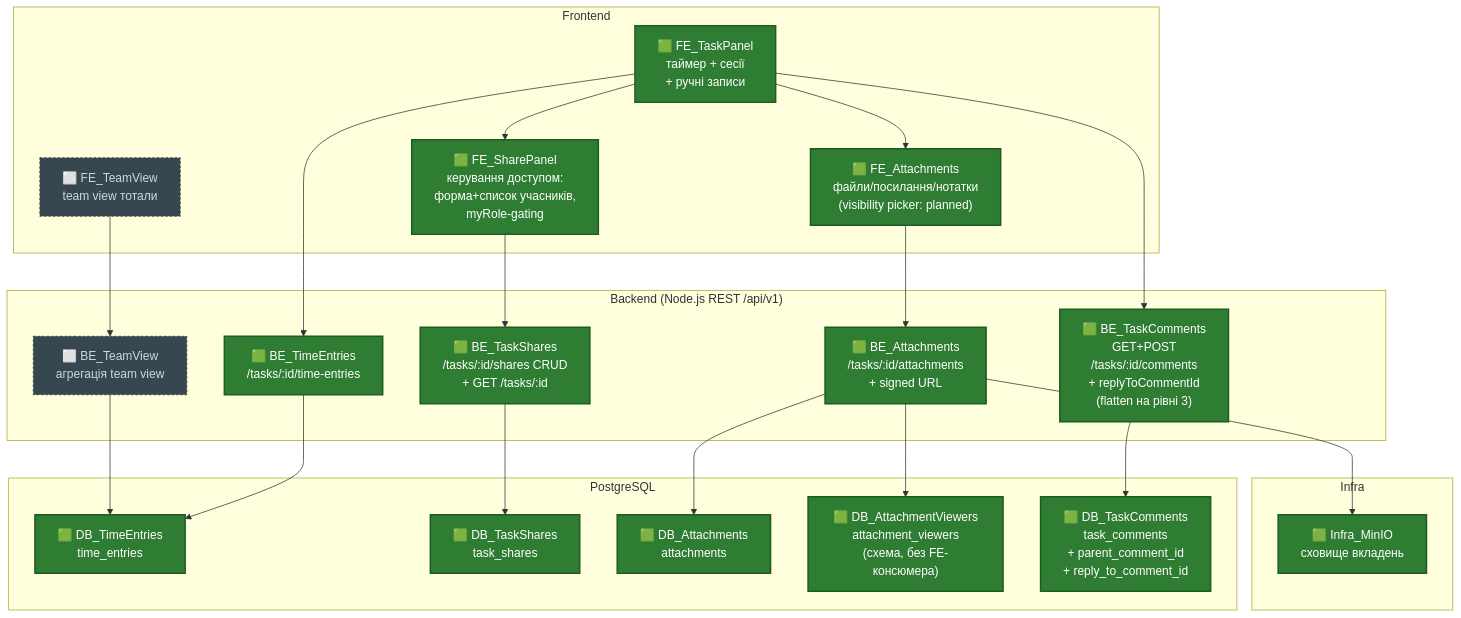
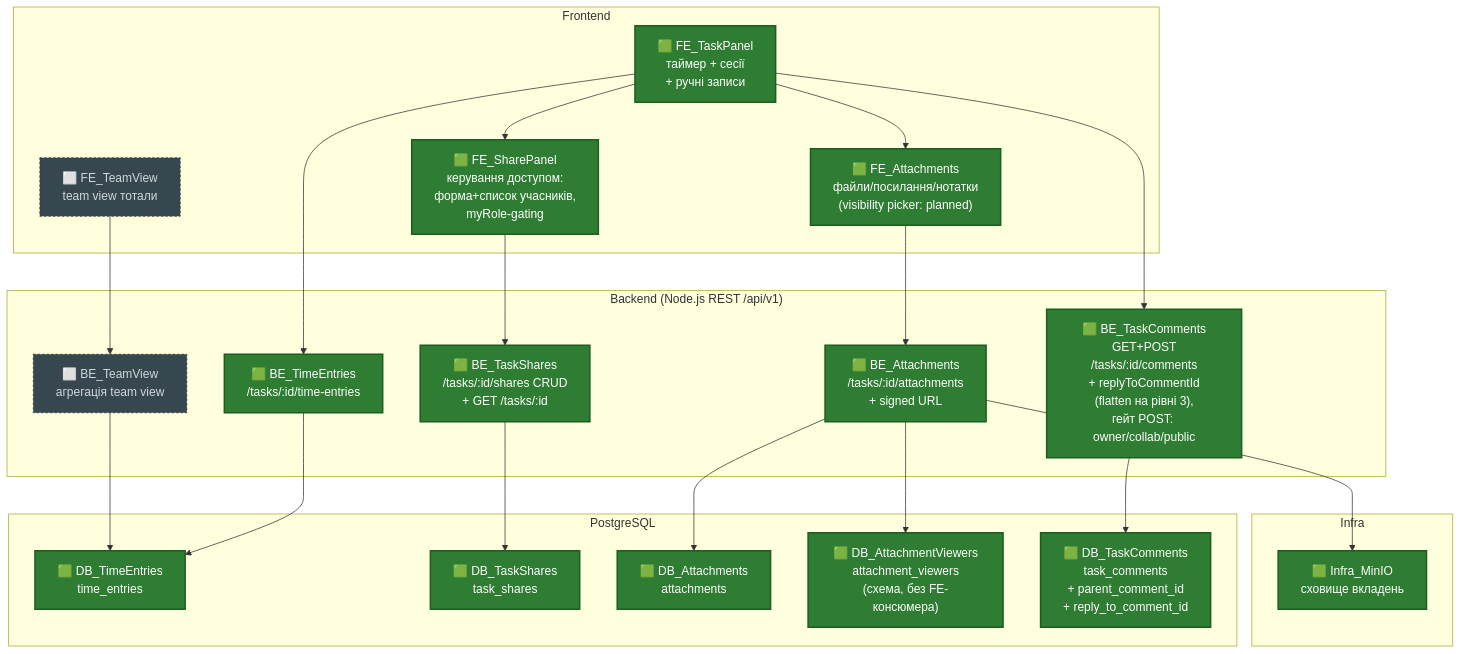
The third of 5 diagrams in PROJECT_MAP.md (ansukhorukova/learn-it), drawn with Mermaid before and after one commit. The commit also changed other lines of this file and 3 other files, not shown here.

````diff
--- a/PROJECT_MAP.md
+++ b/PROJECT_MAP.md
@@ -132,51 +134,51 @@
 ```mermaid
 graph TD
   classDef done fill:#2e7d32,color:#ffffff,stroke:#1b5e20,stroke-width:2px;
   classDef progress fill:#f9a825,color:#1a1a1a,stroke:#f57f17,stroke-width:2px;
   classDef planned fill:#37474f,color:#cfd8dc,stroke:#263238,stroke-width:1px,stroke-dasharray: 3 3;
 
   subgraph FE["Frontend"]
     FE_TaskPanel["🟩 FE_TaskPanel<br/>таймер + сесії<br/>+ ручні записи"]
     FE_Attachments["🟩 FE_Attachments<br/>файли/посилання/нотатки<br/>(visibility picker: planned)"]
     FE_SharePanel["🟩 FE_SharePanel<br/>керування доступом:<br/>форма+список учасників,<br/>myRole-gating"]
     FE_TeamView["⬜ FE_TeamView<br/>team view тотали"]
   end
 
   subgraph BE["Backend (Node.js REST /api/v1)"]
     BE_TimeEntries["🟩 BE_TimeEntries<br/>/tasks/:id/time-entries"]
     BE_TaskShares["🟩 BE_TaskShares<br/>/tasks/:id/shares CRUD<br/>+ GET /tasks/:id"]
     BE_Attachments["🟩 BE_Attachments<br/>/tasks/:id/attachments<br/>+ signed URL"]
-    BE_TaskComments["🟩 BE_TaskComments<br/>GET+POST<br/>/tasks/:id/comments<br/>+ replyToCommentId<br/>(flatten на рівні 3)"]
+    BE_TaskComments["🟩 BE_TaskComments<br/>GET+POST<br/>/tasks/:id/comments<br/>+ replyToCommentId<br/>(flatten на рівні 3),<br/>гейт POST: owner/collab/public"]
     BE_TeamView["⬜ BE_TeamView<br/>агрегація team view"]
   end
 
   subgraph DB["PostgreSQL"]
     DB_TimeEntries["🟩 DB_TimeEntries<br/>time_entries"]
     DB_TaskShares["🟩 DB_TaskShares<br/>task_shares"]
     DB_Attachments["🟩 DB_Attachments<br/>attachments"]
     DB_AttachmentViewers["🟩 DB_AttachmentViewers<br/>attachment_viewers<br/>(схема, без FE-консюмера)"]
     DB_TaskComments["🟩 DB_TaskComments<br/>task_comments<br/>+ parent_comment_id<br/>+ reply_to_comment_id"]
   end
 
   subgraph Infra["Infra"]
     Infra_MinIO["🟩 Infra_MinIO<br/>сховище вкладень"]
   end
 
   FE_TaskPanel --> BE_TimeEntries
   BE_TimeEntries --> DB_TimeEntries
   FE_TaskPanel --> FE_SharePanel
   FE_SharePanel --> BE_TaskShares
   BE_TaskShares --> DB_TaskShares
   FE_TaskPanel --> FE_Attachments
   FE_Attachments --> BE_Attachments
   BE_Attachments --> DB_Attachments
   BE_Attachments --> DB_AttachmentViewers
   BE_Attachments --> Infra_MinIO
   FE_TaskPanel --> BE_TaskComments
   BE_TaskComments --> DB_TaskComments
   FE_TeamView --> BE_TeamView
   BE_TeamView --> DB_TimeEntries
 
   class FE_TaskPanel,FE_Attachments,FE_SharePanel,BE_TimeEntries,BE_TaskShares,BE_Attachments,BE_TaskComments,DB_TimeEntries,DB_TaskShares,DB_Attachments,DB_AttachmentViewers,DB_TaskComments,Infra_MinIO done;
   class BE_TeamView,FE_TeamView planned;
 ```
````
